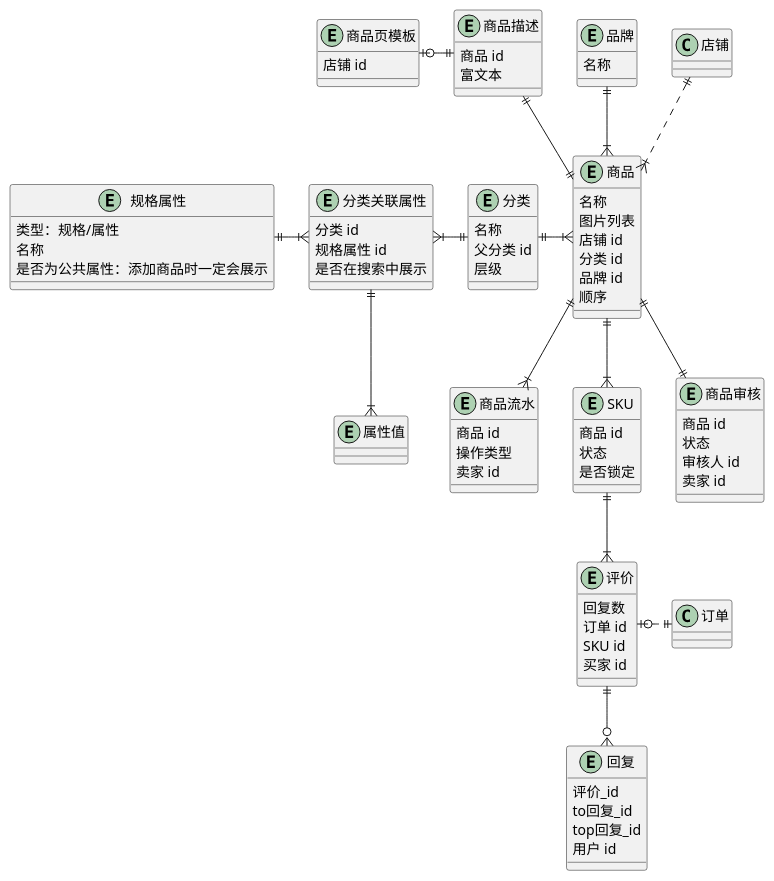
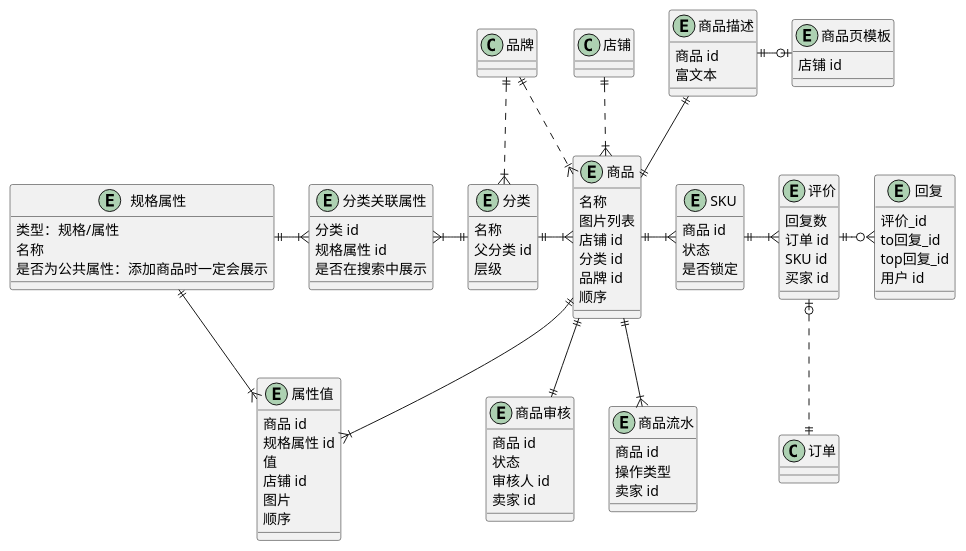
Before and after one commit to awesomecat2020/mock-mall: the diagram in 商品.wsd, drawn with PlantUML. The commit also changed 1 other file, not shown here.

```diff
--- a/商品.wsd
+++ b/商品.wsd
@@ -1,86 +1,90 @@
 @startuml 商品UML
 
 entity 商品 {
     名称
     图片列表
     店铺 id
     分类 id
     品牌 id
     顺序
 }
 entity 分类 {
     名称
     父分类 id
     层级
 }
 entity 规格属性 {
     ' 分类不同，规则属性不同
     类型：规格/属性
     名称
     是否为公共属性：添加商品时一定会展示
 }
 entity 分类关联属性 {
     分类 id
     规格属性 id
     是否在搜索中展示
 }
 entity 属性值 {
-
-}
-entity 品牌 {
-    名称
+    商品 id
+    规格属性 id
+    值
+    店铺 id
+    图片
+    顺序
 }
 entity 商品审核 {
     商品 id
     状态
     审核人 id
     卖家 id
 }
 entity 商品流水 {
     商品 id
     操作类型
     卖家 id
 }
 entity 商品描述 {
     商品 id
     富文本
 }
 entity 商品页模板 {
     ' 暂不做
     店铺 id
 }
 entity 评价 {
     回复数
     订单 id
     SKU id
     买家 id
 }
 entity 回复 {
     评价_id
     to回复_id
     top回复_id
     用户 id
 }
 entity SKU {
     商品 id
     状态
     是否锁定
 }
 
 店铺 ||..|{ 商品
 规格属性 ||-|{ 分类关联属性
 分类关联属性 }|-|| 分类
 分类 ||-|{ 商品
-商品 }|-u-|| 品牌
+商品 }|.u.|| 品牌
+品牌 ||..|{ 分类
 商品 ||--|| 商品审核
 商品 ||--|{ 商品流水
 商品 ||-u-|| 商品描述
-商品描述 ||-l-o| 商品页模板
-商品 ||--|{ SKU
-分类关联属性 ||--|{ 属性值
+商品描述 ||-o| 商品页模板
+商品 ||-|{ SKU
+规格属性 ||--|{ 属性值
+商品 ||--|{ 属性值
 
-SKU ||--|{ 评价
-评价 |o.|| 订单
-评价 ||--o{ 回复
+SKU ||-|{ 评价
+评价 |o..|| 订单
+评价 ||-o{ 回复
 
 @enduml
```
